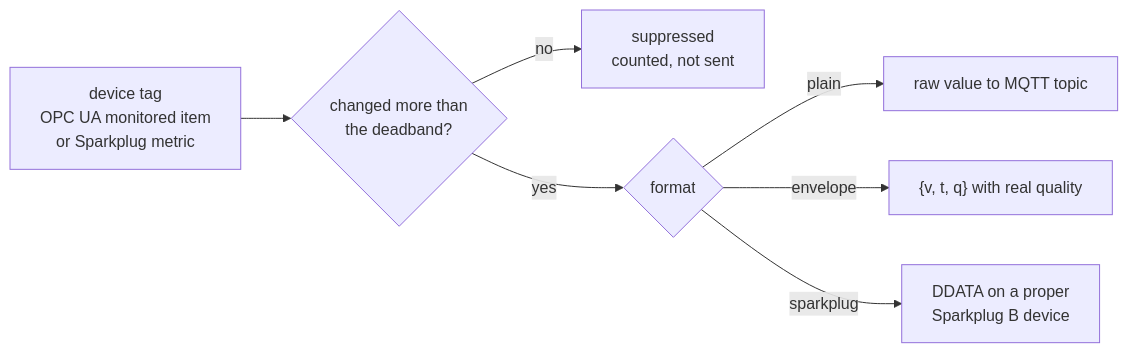
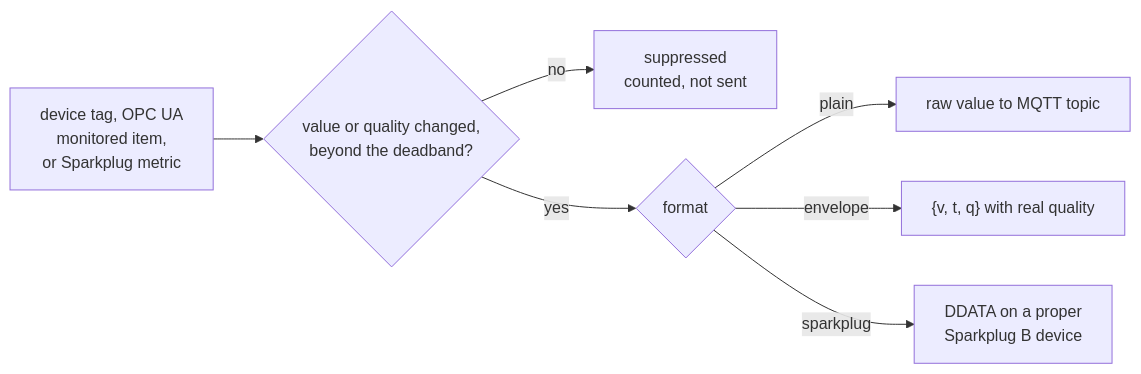
The first of 2 diagrams in docs/wiki/Tags-and-Sparkplug.md (zbest1000/manifold), drawn with Mermaid before and after one commit. The commit also changed other lines of this file and 21 other files, not shown here.

````diff
--- a/docs/wiki/Tags-and-Sparkplug.md
+++ b/docs/wiki/Tags-and-Sparkplug.md
@@ -22,9 +29,9 @@
 ```mermaid
 flowchart LR
-    DEV[device tag<br/>OPC UA monitored item<br/>or Sparkplug metric] --> RBE{changed more than<br/>the deadband?}
+    DEV[device tag, OPC UA<br/>monitored item,<br/>or Sparkplug metric] --> RBE{value or quality changed,<br/>beyond the deadband?}
     RBE -->|no| SUP[suppressed<br/>counted, not sent]
     RBE -->|yes| FMT{format}
     FMT -->|plain| P1[raw value to MQTT topic]
     FMT -->|envelope| P2["{v, t, q} with real quality"]
     FMT -->|sparkplug| P3[DDATA on a proper<br/>Sparkplug B device]
 ```
````
